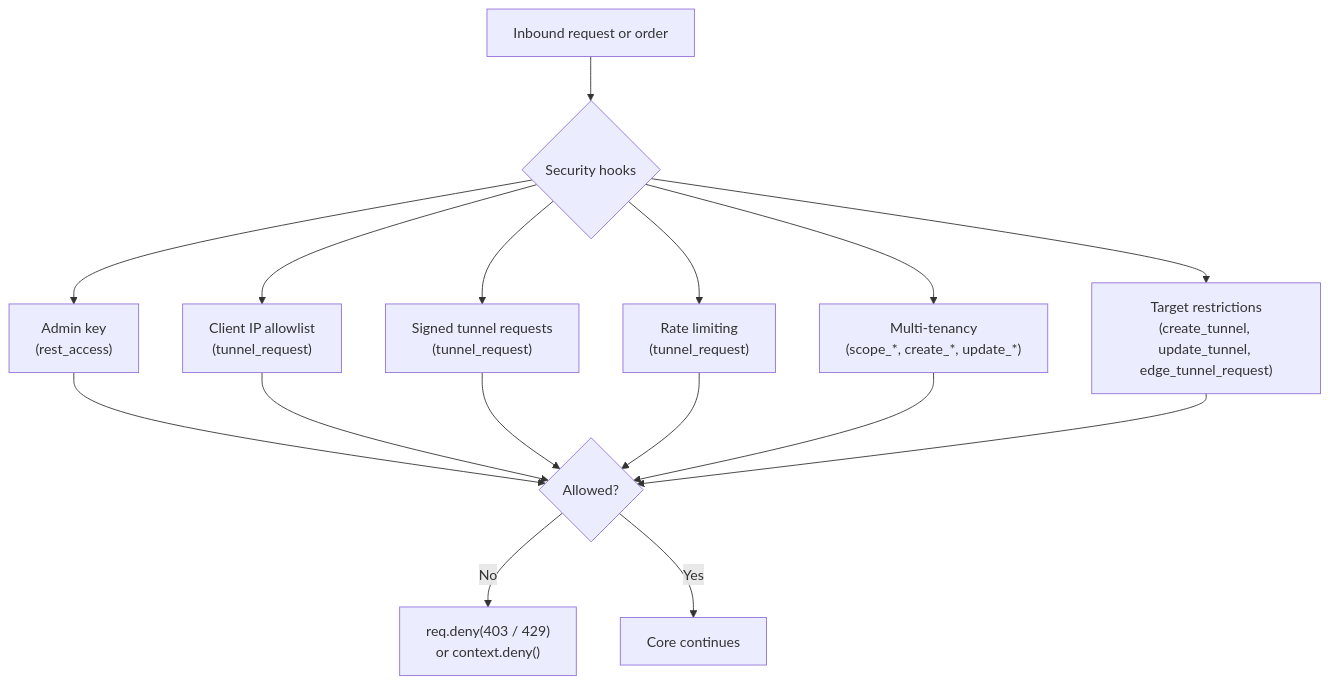
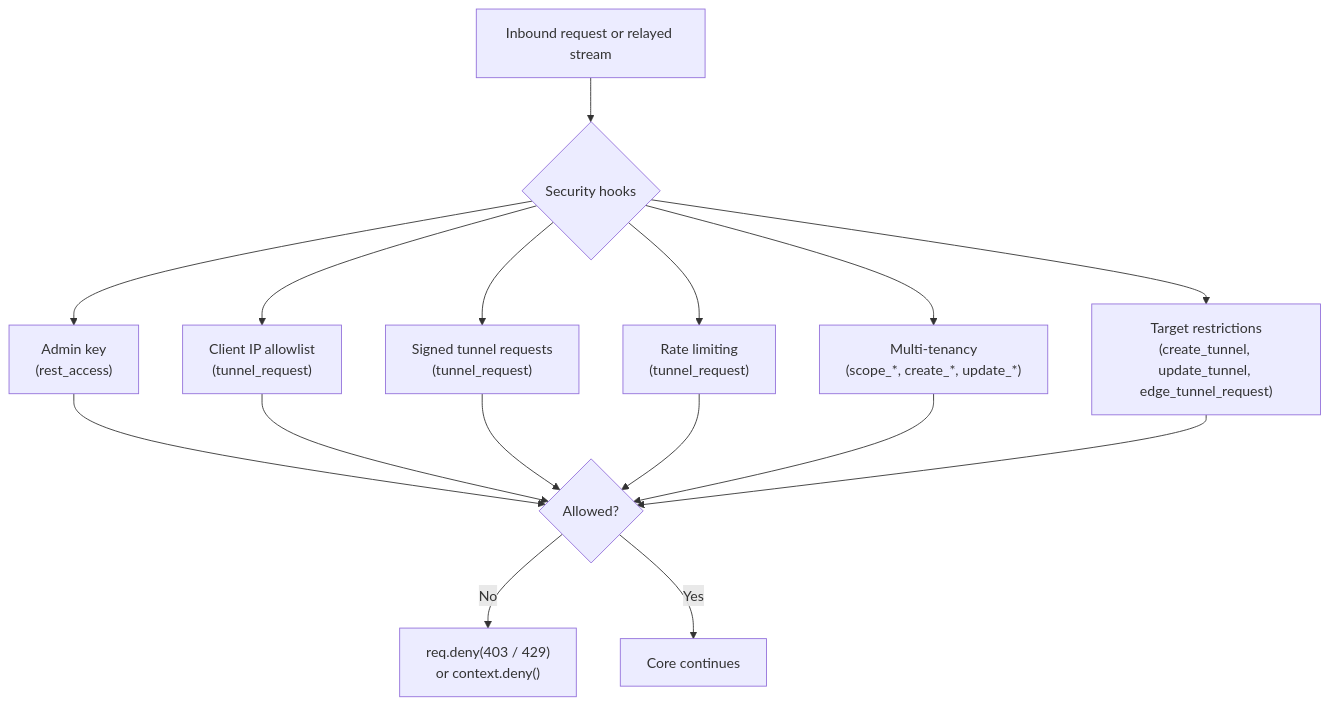
One commit to fullstackedorg/tunnels changed the diagram in docs/4-extensibility/extending-security.md. Above: the diagram before and after it, drawn with Mermaid. The commit also changed other lines of this file and 56 other files, not shown here.

````diff
--- a/docs/4-extensibility/extending-security.md
+++ b/docs/4-extensibility/extending-security.md
@@ -3,13 +3,13 @@
 ```mermaid
 flowchart TD
-    Req["Inbound request or order"] --> Hooks{"Security hooks"}
+    Req["Inbound request or relayed stream"] --> Hooks{"Security hooks"}
     Hooks --> R1["Admin key\n(rest_access)"]
     Hooks --> R2["Client IP allowlist\n(tunnel_request)"]
     Hooks --> R3["Signed tunnel requests\n(tunnel_request)"]
     Hooks --> R4["Rate limiting\n(tunnel_request)"]
     Hooks --> R5["Multi-tenancy\n(scope_*, create_*, update_*)"]
     Hooks --> R6["Target restrictions\n(create_tunnel, update_tunnel, edge_tunnel_request)"]
     R1 & R2 & R3 & R4 & R5 & R6 --> Decision{"Allowed?"}
     Decision -->|"No"| Deny["req.deny(403 / 429)\nor context.deny()"]
     Decision -->|"Yes"| Pass["Core continues"]
 ```
````
